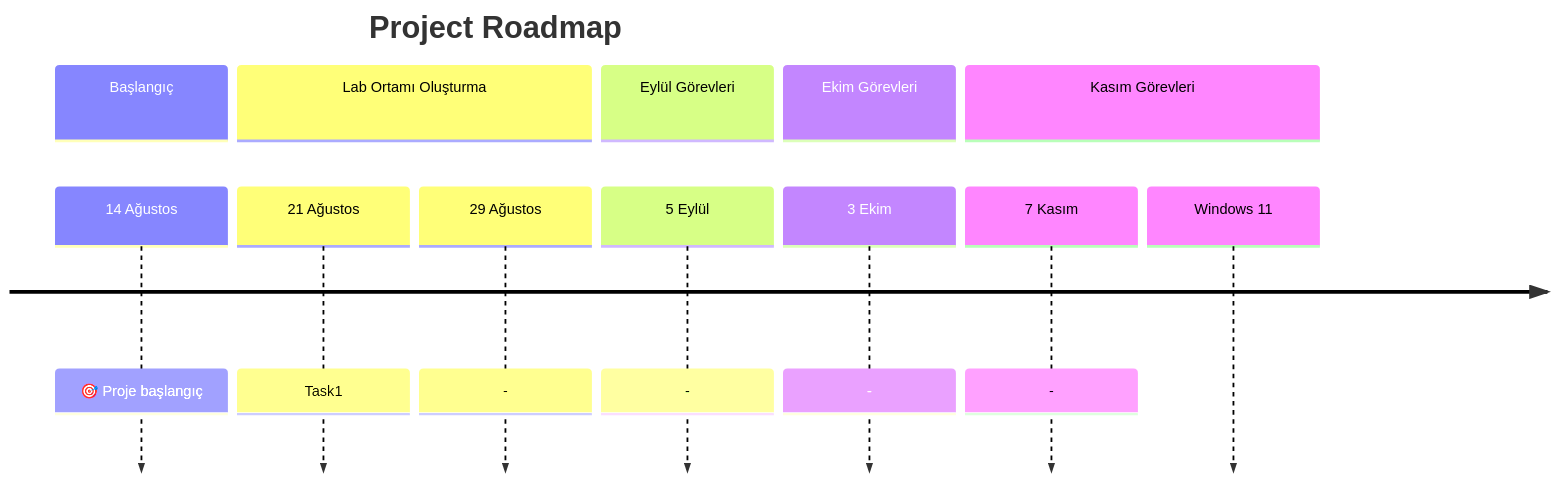
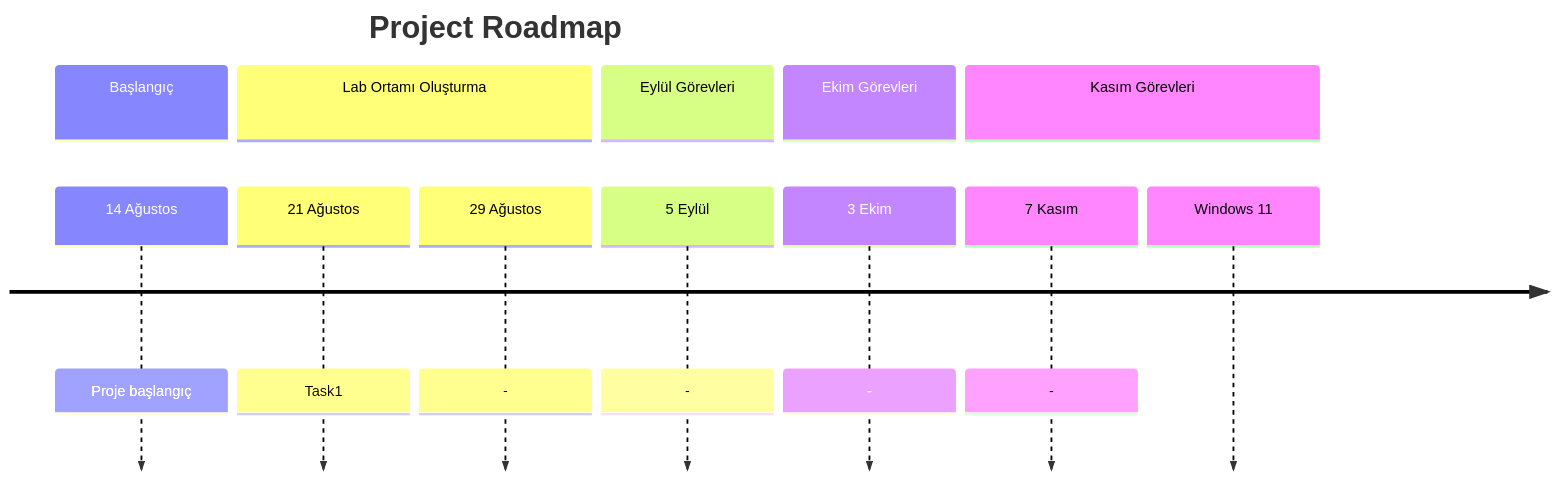
Before and after one commit to znach-lab/main-goal: the third of 3 diagrams in README.md, drawn with Mermaid.

````diff
--- a/README.md
+++ b/README.md
@@ -96,24 +96,24 @@
 ```mermaid
 
 timeline
     title Project Roadmap
     section Başlangıç
-      14 Ağustos : 🎯 Proje başlangıç
+      14 Ağustos : Proje başlangıç
     
     section Lab Ortamı Oluşturma
       21 Ağustos : Task1
       29 Ağustos : -
 
     section Eylül Görevleri
       5 Eylül    : -
     
 
     section Ekim Görevleri
       3 Ekim     : -
   
 
     section Kasım Görevleri
       7 Kasım    : -
    
 Windows 11
 ```
````
